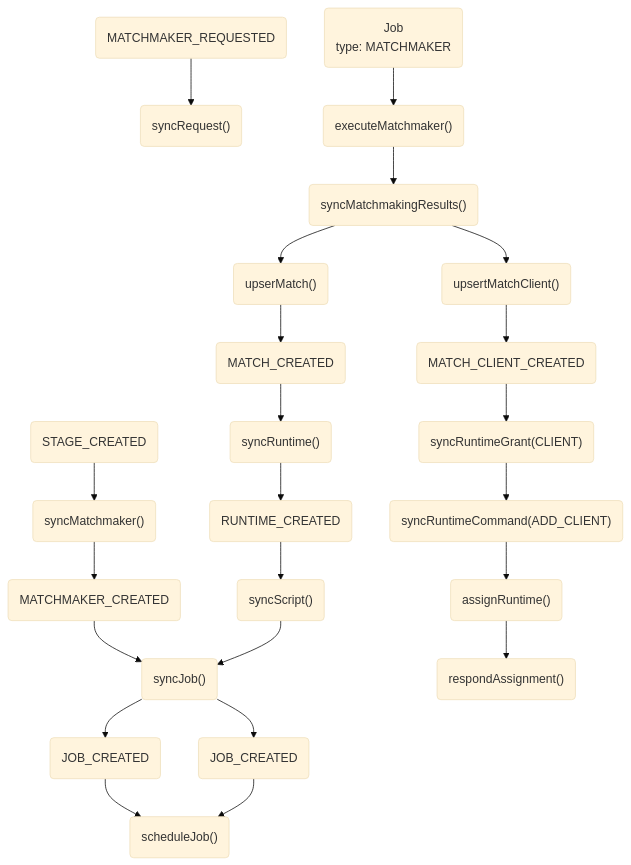
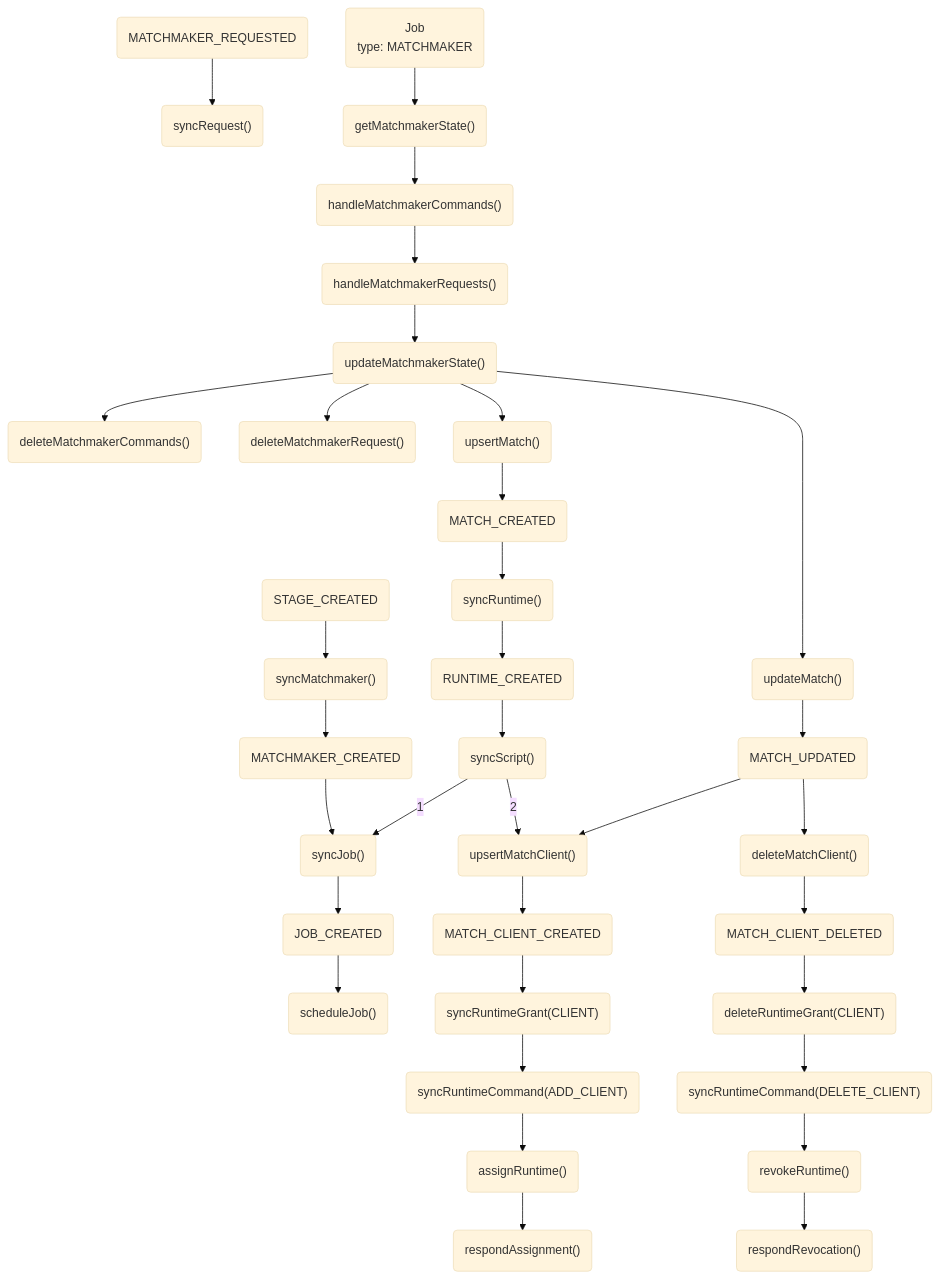
One commit to OMGSERVERS/omgservers changed the diagram in omgservers-documentation/Matchmaking.md. Above: the diagram before and after it, drawn with Mermaid (base theme).

Commit message:
New matchmaking event design is here

````diff
--- a/omgservers-documentation/Matchmaking.md
+++ b/omgservers-documentation/Matchmaking.md
@@ -3,31 +3,45 @@
 ```mermaid
 graph TD;
 
 StageCreated(STAGE_CREATED) --> syncMatchmaker("syncMatchmaker()")
 syncMatchmaker("syncMatchmaker()") --> MatchmakerCreated(MATCHMAKER_CREATED)
 MatchmakerCreated(MATCHMAKER_CREATED) --> syncJob("syncJob()")
-syncJob("syncJob()") --> JobMatchmakerCreated(JOB_CREATED)
-JobMatchmakerCreated(JOB_CREATED) --> scheduleJob("scheduleJob()")
 
 MatchmakerRequested(MATCHMAKER_REQUESTED) --> syncRequest("syncRequest()")
 
-MatchmakerJob(Job<br/>type: MATCHMAKER) --> executeMatchmaker("executeMatchmaker()")
-executeMatchmaker("executeMatchmaker()") --> syncMatchmakingResults("syncMatchmakingResults()")
+MatchmakerJob(Job<br/>type: MATCHMAKER) --> getMatchmakerState("getMatchmakerState()")
+getMatchmakerState("getMatchmakerState()") --> handleMatchmakerCommands("handleMatchmakerCommands()")
+handleMatchmakerCommands("handleMatchmakerCommands()") --> handleMatchmakerRequests("handleMatchmakerRequests()")
+handleMatchmakerRequests("handleMatchmakerRequests()") --> updateMatchmakerState("updateMatchmakerState()")
 
-syncMatchmakingResults("syncMatchmakingResults()") --> upserMatch("upserMatch()")
-upserMatch("upserMatch()") --> MatchCreated(MATCH_CREATED)
+updateMatchmakerState("updateMatchmakerState()") --> deleteMatchmakerCommands("deleteMatchmakerCommands()")
+updateMatchmakerState("updateMatchmakerState()") --> deleteMatchmakerRequest("deleteMatchmakerRequest()")
+
+updateMatchmakerState("updateMatchmakerState()") --> upserMatch("upserMatch()")
+upserMatch("upsertMatch()") --> MatchCreated(MATCH_CREATED)
 MatchCreated(MATCH_CREATED) --> syncRuntime("syncRuntime()")
 syncRuntime("syncRuntime()") --> RuntimeCreated(RUNTIME_CREATED)
 RuntimeCreated(RUNTIME_CREATED) --> syncScript("syncScript()")
-syncJob("syncJob()") --> JobRuntimeCreated(JOB_CREATED)
-JobRuntimeCreated(JOB_CREATED) --> scheduleJob("scheduleJob()")
-syncScript("syncScript()") --> syncJob("syncJob()")
-
-syncMatchmakingResults("syncMatchmakingResults()") --> upsertMatchClient("upsertMatchClient()")
+syncScript("syncScript()") -- 1 --> syncJob("syncJob()")
+syncScript("syncScript()") -- 2 --> upsertMatchClient("upsertMatchClient()")
 upsertMatchClient("upsertMatchClient()") --> MatchClientCreated(MATCH_CLIENT_CREATED)
 MatchClientCreated(MATCH_CLIENT_CREATED) --> syncRuntimeGrant("syncRuntimeGrant(CLIENT)")
-syncRuntimeGrant("syncRuntimeGrant(CLIENT)") --> syncRuntimeCommand("syncRuntimeCommand(ADD_CLIENT)")
-syncRuntimeCommand("syncRuntimeCommand(ADD_CLIENT)") --> assignRuntime("assignRuntime()")
-assignRuntime("assignRuntime()") --> respondAssignment("respondAssignment()") 
+syncRuntimeGrant("syncRuntimeGrant(CLIENT)") --> syncAddClientRuntimeCommand("syncRuntimeCommand(ADD_CLIENT)")
+syncAddClientRuntimeCommand("syncRuntimeCommand(ADD_CLIENT)") --> assignRuntime("assignRuntime()")
+assignRuntime("assignRuntime()") --> respondAssignment("respondAssignment()")
+respondAssignment("respondAssignment()")
+
+updateMatchmakerState("updateMatchmakerState()") --> updateMatch("updateMatch()")
+updateMatch("updateMatch()") --> MatchUpdated(MATCH_UPDATED)
+MatchUpdated(MATCH_UPDATED) --> upsertMatchClient("upsertMatchClient()")
+MatchUpdated(MATCH_UPDATED) --> deleteMatchClient("deleteMatchClient()")
+deleteMatchClient("deleteMatchClient()") --> MatchClientDeleted(MATCH_CLIENT_DELETED)
+MatchClientDeleted(MATCH_CLIENT_DELETED) --> deleteRuntimeGrant("deleteRuntimeGrant(CLIENT)")
+deleteRuntimeGrant("deleteRuntimeGrant(CLIENT)") --> syncDeleteClientRuntimeCommand("syncRuntimeCommand(DELETE_CLIENT)")
+syncDeleteClientRuntimeCommand("syncRuntimeCommand(DELETE_CLIENT)") --> revokeRuntime("revokeRuntime()")
+revokeRuntime("revokeRuntime()") --> respondRevocation("respondRevocation()")
+
+syncJob("syncJob()") --> JobCreated(JOB_CREATED)
+JobCreated(JOB_CREATED) --> scheduleJob("scheduleJob()")
 
 ```
````
